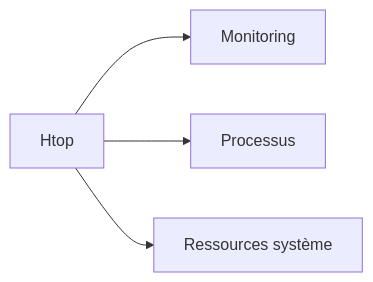
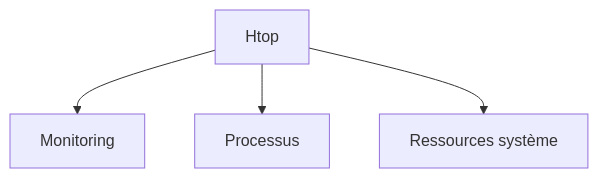
Before and after one commit to zyrass/omnydocs: diagram 16 of 44 in docs/glossaire/administration-systeme.md, drawn with Mermaid. The commit also changed other lines of this file and 1780 other files, not shown here.

````diff
--- a/docs/glossaire/administration-systeme.md
+++ b/docs/glossaire/administration-systeme.md
@@ -325,6 +391,6 @@
-    ```mermaid
-    graph LR
-        A[Htop] --> B[Monitoring]
-        A --> C[Processus]
-        A --> D[Ressources système]
-    ```
+```mermaid
+graph TB
+    A[Htop] --> B[Monitoring]
+    A --> C[Processus]
+    A --> D[Ressources système]
+```
````
